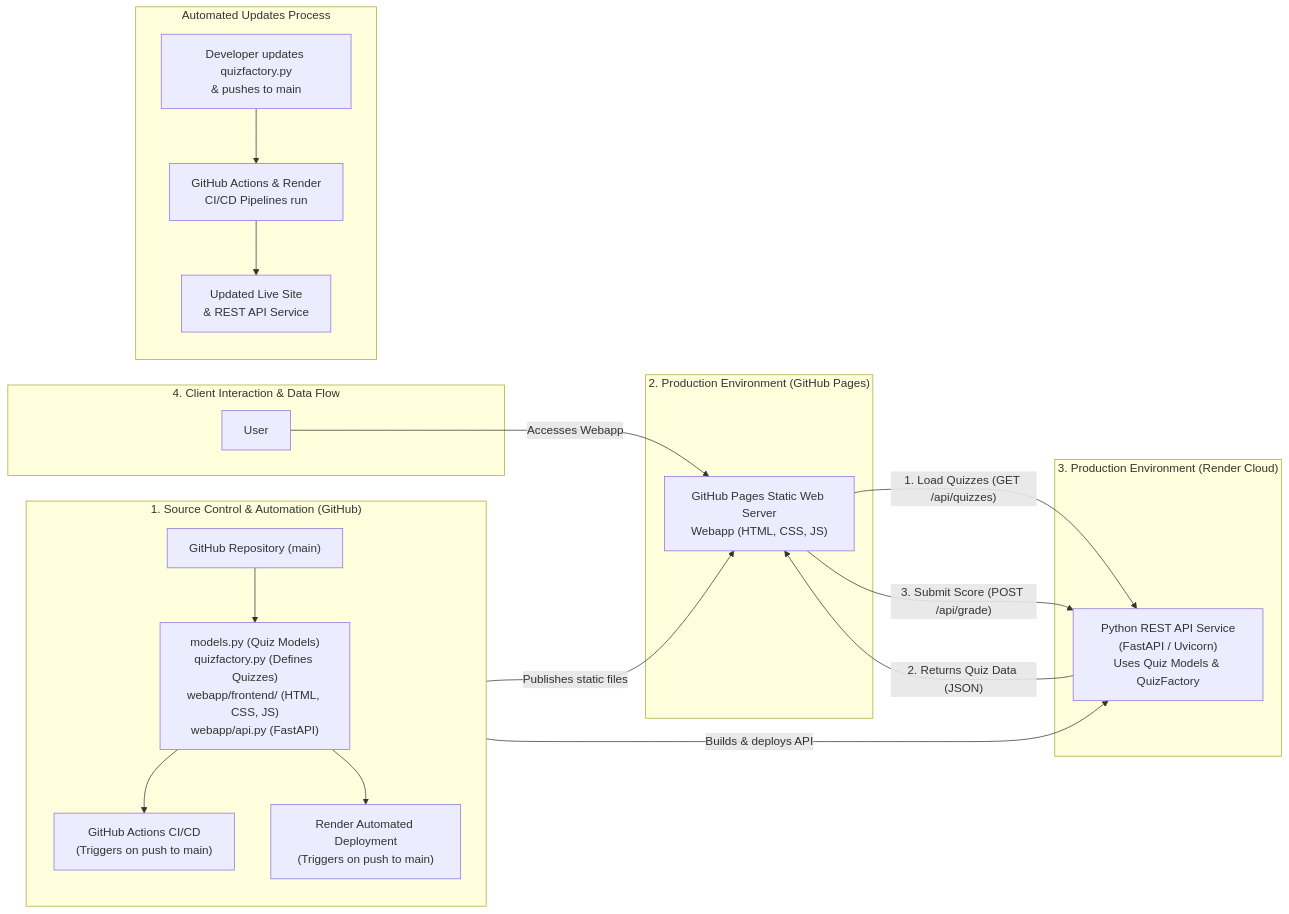
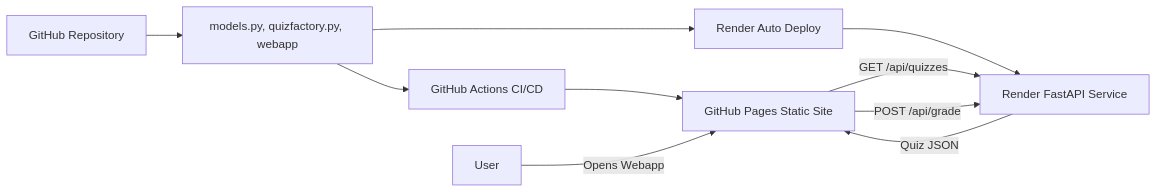
One commit to genericWorker/quiz_project changed the first of 2 diagrams in readme.md. Above: the diagram before and after it, drawn with Mermaid. The commit also changed other lines of this file and 3 other files, not shown here.

````diff
--- a/readme.md
+++ b/readme.md
@@ -17,36 +17,12 @@
 ```mermaid
 flowchart LR
-    subgraph SRC["1. Source Control & Automation (GitHub)"]
-        direction TB
-        REPO["GitHub Repository (main)"]
-        CODE["models.py (Quiz Models)<br/>quizfactory.py (Defines Quizzes)<br/>webapp/frontend/ (HTML, CSS, JS)<br/>webapp/api.py (FastAPI)"]
-        GHA["GitHub Actions CI/CD<br/>(Triggers on push to main)"]
-        RENDER_AUTO["Render Automated Deployment<br/>(Triggers on push to main)"]
-
-        REPO --> CODE --> GHA
-        CODE --> RENDER_AUTO
-    end
-
-    subgraph PAGES["2. Production Environment (GitHub Pages)"]
-        STATIC["GitHub Pages Static Web Server<br/>Webapp (HTML, CSS, JS)"]
-    end
-
-    subgraph RENDER["3. Production Environment (Render Cloud)"]
-        API["Python REST API Service<br/>(FastAPI / Uvicorn)<br/>Uses Quiz Models & QuizFactory"]
-    end
-
-    subgraph FLOW["4. Client Interaction & Data Flow"]
-        USER["User"] -->|"Accesses Webapp"| STATIC
-        STATIC -->|"1. Load Quizzes (GET /api/quizzes)"| API
-        API -->|"2. Returns Quiz Data (JSON)"| STATIC
-        STATIC -->|"3. Submit Score (POST /api/grade)"| API
-    end
-
-    GHA -->|"Publishes static files"| STATIC
-    RENDER_AUTO -->|"Builds & deploys API"| API
-
-    subgraph UPD["Automated Updates Process"]
-        direction TB
-        DEV["Developer updates quizfactory.py<br/>& pushes to main"] --> PIPELINE["GitHub Actions & Render<br/>CI/CD Pipelines run"] --> LIVE["Updated Live Site<br/>& REST API Service"]
-    end
+    REPO["GitHub Repository"] --> CODE["models.py, quizfactory.py, webapp"]
+    CODE --> GHA["GitHub Actions CI/CD"]
+    CODE --> RENDER_AUTO["Render Auto Deploy"]
+    GHA --> STATIC["GitHub Pages Static Site"]
+    RENDER_AUTO --> API["Render FastAPI Service"]
+    USER["User"] -->|Opens Webapp| STATIC
+    STATIC -->|GET /api/quizzes| API
+    API -->|Quiz JSON| STATIC
+    STATIC -->|POST /api/grade| API
 ```
````
